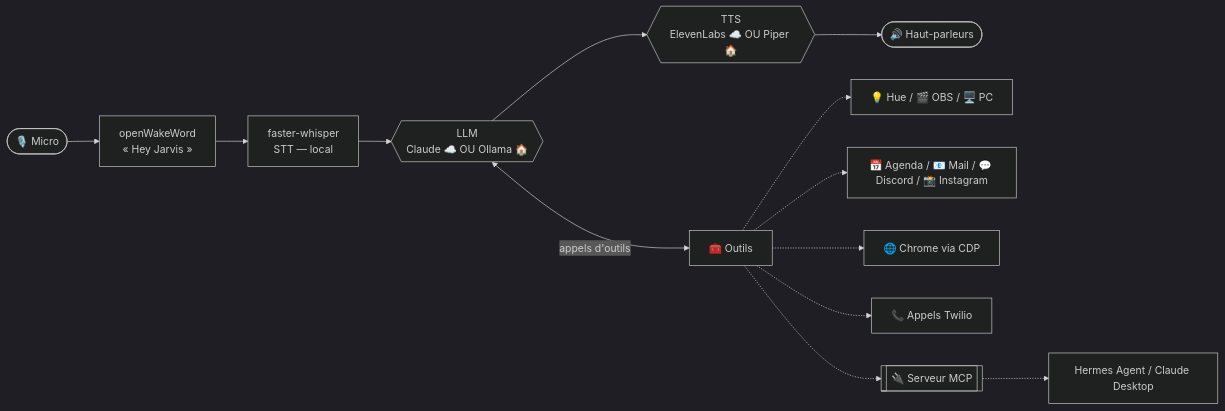
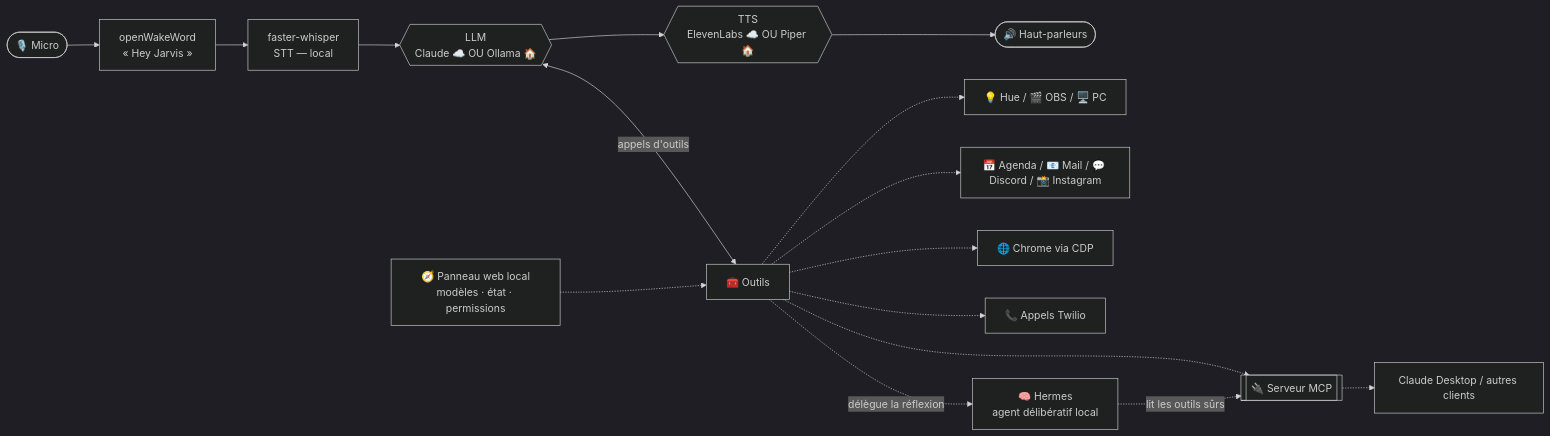
The diagram in README.md (Wissko/jarvis-assistant-vocal), drawn with Mermaid (dark theme) before and after one commit. The commit also changed other lines of this file, not shown here.

First line of the commit message:
README : Jarvis + Hermes (cerveau local) + toutes les nouveautes

````diff
--- a/README.md
+++ b/README.md
@@ -47,16 +60,19 @@
 ```mermaid
 flowchart LR
     Mic([🎙️ Micro]) --> WW[openWakeWord<br/>« Hey Jarvis »]
     WW --> STT[faster-whisper<br/>STT — local]
     STT --> LLM{{LLM<br/>Claude ☁️ OU Ollama 🏠}}
     LLM <-->|appels d'outils| TOOLS[🧰 Outils]
     LLM --> TTS{{TTS<br/>ElevenLabs ☁️ OU Piper 🏠}}
     TTS --> SPK([🔊 Haut-parleurs])
 
     TOOLS -.-> HOME[💡 Hue / 🎬 OBS / 🖥️ PC]
     TOOLS -.-> NET[📅 Agenda / 📧 Mail / 💬 Discord / 📸 Instagram]
     TOOLS -.-> CDP[🌐 Chrome via CDP]
     TOOLS -.-> TW[📞 Appels Twilio]
+    TOOLS -.->|délègue la réflexion| HERMES[🧠 Hermes<br/>agent délibératif local]
     TOOLS -.-> MCP[[🔌 Serveur MCP]]
-    MCP -.-> EXT[Hermes Agent / Claude Desktop]
+    HERMES -.->|lit les outils sûrs| MCP
+    MCP -.-> EXT[Claude Desktop / autres clients]
+    PANEL[🧭 Panneau web local<br/>modèles · état · permissions] -.-> TOOLS
 ```
````
